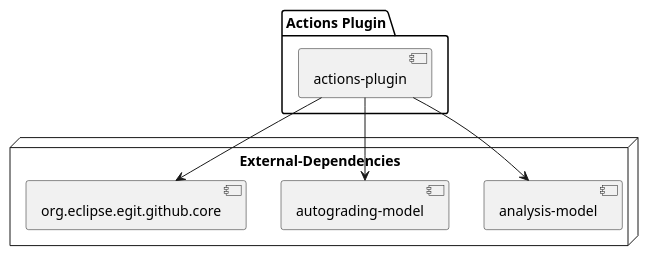
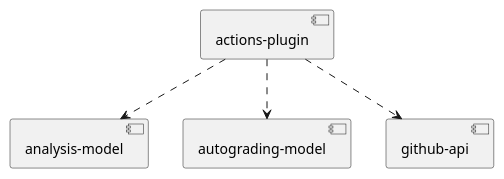
One commit to uhafner/autograding-github-action changed the diagram in components.puml. Above: the diagram before and after it, drawn with PlantUML. The commit also changed 3 other files, not shown here.

```diff
--- a/components.puml
+++ b/components.puml
@@ -1,19 +1,9 @@
 @startuml
 
-package "Actions Plugin" {
-[actions-plugin]
-}
+skinparam componentStyle uml2
 
-node "External-Dependencies" {
-[analysis-model]
-
-[autograding-model]
-
-[org.eclipse.egit.github.core]
-}
-
-[actions-plugin] --> [analysis-model]
-[actions-plugin] --> [autograding-model]
-[actions-plugin] --> [org.eclipse.egit.github.core]
+[actions-plugin] ..> [analysis-model]
+[actions-plugin] ..> [autograding-model]
+[actions-plugin] ..> [github-api]
 
 @enduml
```
